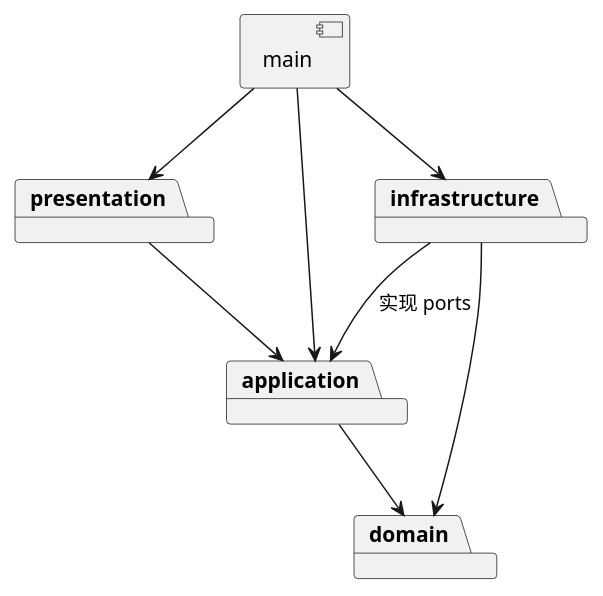
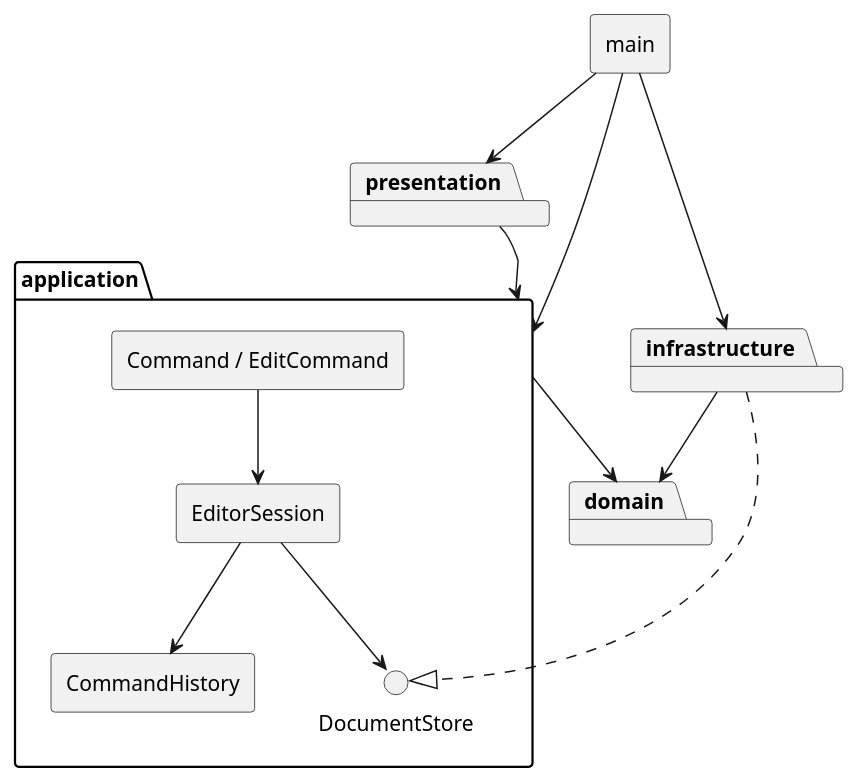
One commit to chinacodeking/svg changed the diagram in doc/README.md. Above: the diagram before and after it, drawn with PlantUML. The commit also changed other lines of this file and 4 other files, not shown here.

Commit message:
docs: finalize architecture, development record and verified examples

````diff
--- a/doc/README.md
+++ b/doc/README.md
@@ -15,16 +26,25 @@
 ```plantuml
 @startuml
+skinparam componentStyle rectangle
+component main
 package presentation
-package application
+package application {
+  interface DocumentStore
+  component EditorSession
+  component "Command / EditCommand"
+  component CommandHistory
+}
 package domain
 package infrastructure
-component main
-presentation --> application
-application --> domain
-infrastructure --> application : 实现 ports
-infrastructure --> domain
 main --> presentation
 main --> application
 main --> infrastructure
+presentation --> application
+application --> domain
+infrastructure --> domain
+infrastructure ..|> DocumentStore
+EditorSession --> DocumentStore
+EditorSession --> CommandHistory
+"Command / EditCommand" --> EditorSession
 @enduml
 ```
````
